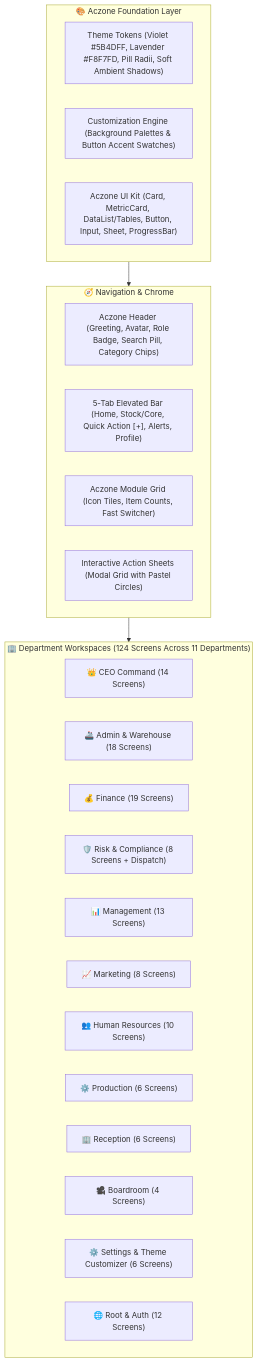
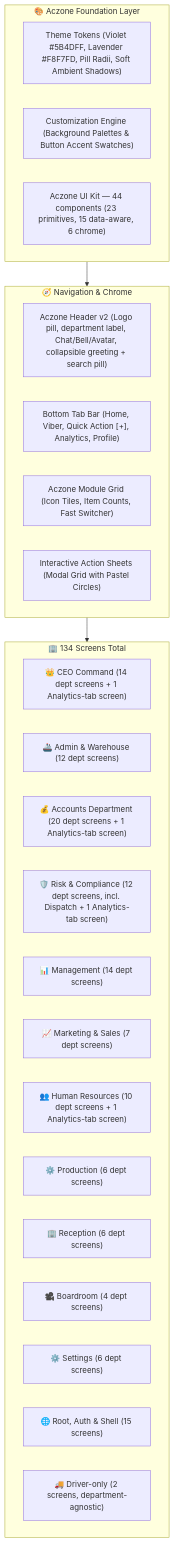
One commit to samgenerals10/rebmaImpex changed the diagram in mobileUI.md. Above: the diagram before and after it, drawn with Mermaid. The commit also changed other lines of this file and 73 other files, not shown here.

First line of the commit message:
feat: Aczone mobile redesign batch + shared sub-screen header

````diff
--- a/mobileUI.md
+++ b/mobileUI.md
@@ -9,33 +13,34 @@
 ```mermaid
 flowchart TB
     subgraph DesignSystem ["🎨 Aczone Foundation Layer"]
         Tokens["Theme Tokens (Violet #5B4DFF, Lavender #F8F7FD, Pill Radii, Soft Ambient Shadows)"]
         AppearanceEngine["Customization Engine (Background Palettes & Button Accent Swatches)"]
-        UIPrimitives["Aczone UI Kit (Card, MetricCard, DataList/Tables, Button, Input, Sheet, ProgressBar)"]
+        UIPrimitives["Aczone UI Kit — 44 components (23 primitives, 15 data-aware, 6 chrome)"]
     end
 
     subgraph NavigationLayer ["🧭 Navigation & Chrome"]
-        AppHeader["Aczone Header (Greeting, Avatar, Role Badge, Search Pill, Category Chips)"]
-        AppTabBar["5-Tab Elevated Bar (Home, Stock/Core, Quick Action [+], Alerts, Profile)"]
+        AppHeader["Aczone Header v2 (Logo pill, department label, Chat/Bell/Avatar, collapsible greeting + search pill)"]
+        AppTabBar["Bottom Tab Bar (Home, Viber, Quick Action [+], Analytics, Profile)"]
         ModuleLauncher["Aczone Module Grid (Icon Tiles, Item Counts, Fast Switcher)"]
         QuickActions["Interactive Action Sheets (Modal Grid with Pastel Circles)"]
     end
 
-    subgraph Departments ["🏢 Department Workspaces (124 Screens Across 11 Departments)"]
-        CEO["👑 CEO Command (14 Screens)"]
-        Warehouse["🚢 Admin & Warehouse (18 Screens)"]
-        Finance["💰 Finance (19 Screens)"]
-        Risk["🛡️ Risk & Compliance (8 Screens + Dispatch)"]
-        Management["📊 Management (13 Screens)"]
-        Marketing["📈 Marketing (8 Screens)"]
-        HR["👥 Human Resources (10 Screens)"]
-        Production["⚙️ Production (6 Screens)"]
-        Reception["🏢 Reception (6 Screens)"]
-        Boardroom["🎥 Boardroom (4 Screens)"]
-        Settings["⚙️ Settings & Theme Customizer (6 Screens)"]
-        RootAuth["🌐 Root & Auth (12 Screens)"]
+    subgraph Departments ["🏢 134 Screens Total"]
+        CEO["👑 CEO Command (14 dept screens + 1 Analytics-tab screen)"]
+        Warehouse["🚢 Admin & Warehouse (12 dept screens)"]
+        Finance["💰 Accounts Department (20 dept screens + 1 Analytics-tab screen)"]
+        Risk["🛡️ Risk & Compliance (12 dept screens, incl. Dispatch + 1 Analytics-tab screen)"]
+        Management["📊 Management (14 dept screens)"]
+        Marketing["📈 Marketing & Sales (7 dept screens)"]
+        HR["👥 Human Resources (10 dept screens + 1 Analytics-tab screen)"]
+        Production["⚙️ Production (6 dept screens)"]
+        Reception["🏢 Reception (6 dept screens)"]
+        Boardroom["🎥 Boardroom (4 dept screens)"]
+        Settings["⚙️ Settings (6 dept screens)"]
+        RootAuth["🌐 Root, Auth & Shell (15 screens)"]
+        DriverOnly["🚚 Driver-only (2 screens, department-agnostic)"]
     end
 
     DesignSystem --> NavigationLayer
     NavigationLayer --> Departments
 ```
````
